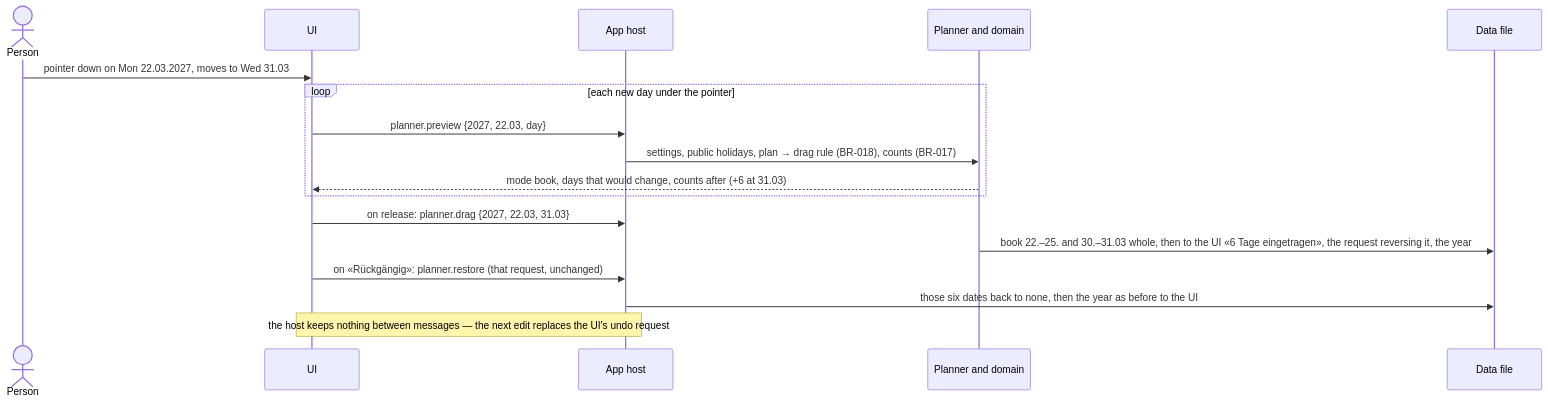
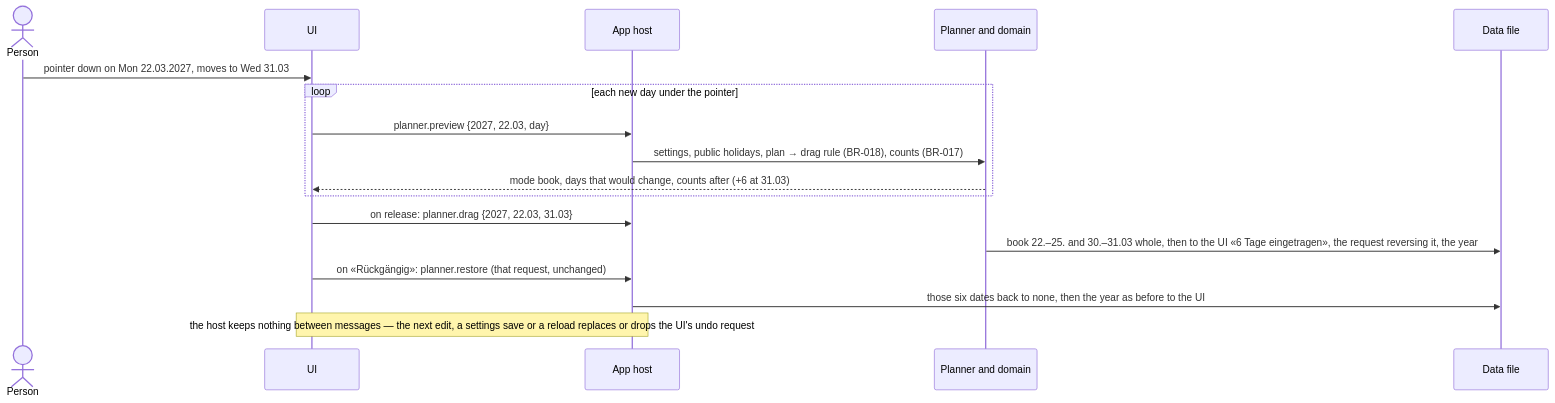
One commit to Valem/work-time-tracker changed the fourth of 6 diagrams in docs/features/002-holiday-planner/concept.md. Above: the diagram before and after it, drawn with Mermaid. The commit also changed other lines of this file and 4 other files, not shown here.

First line of the commit message:
docs: 002-holiday-planner concept v1.1.0 — design review DR-001..DR-019, DR-021 and owner decisions (App host and hand-run wtt-cli send the request, no revocation fetch, minimal keyboard)

````diff
--- a/docs/features/002-holiday-planner/concept.md
+++ b/docs/features/002-holiday-planner/concept.md
@@ -181,19 +172,19 @@
 ```mermaid
 sequenceDiagram
   actor P as Person
   participant U as UI
   participant H as App host
   participant Q as Planner and domain
   participant D as Data file
   P->>U: pointer down on Mon 22.03.2027, moves to Wed 31.03
   loop each new day under the pointer
     U->>H: planner.preview {2027, 22.03, day}
     H->>Q: settings, public holidays, plan → drag rule (BR-018), counts (BR-017)
     Q-->>U: mode book, days that would change, counts after (+6 at 31.03)
   end
   U->>H: on release: planner.drag {2027, 22.03, 31.03}
   Q->>D: book 22.–25. and 30.–31.03 whole, then to the UI «6 Tage eingetragen», the request reversing it, the year
   U->>H: on «Rückgängig»: planner.restore (that request, unchanged)
   H->>D: those six dates back to none, then the year as before to the UI
-  Note over U,H: the host keeps nothing between messages — the next edit replaces the UI's undo request
+  Note over U,H: the host keeps nothing between messages — the next edit, a settings save or a reload replaces or drops the UI's undo request
 ```
````
